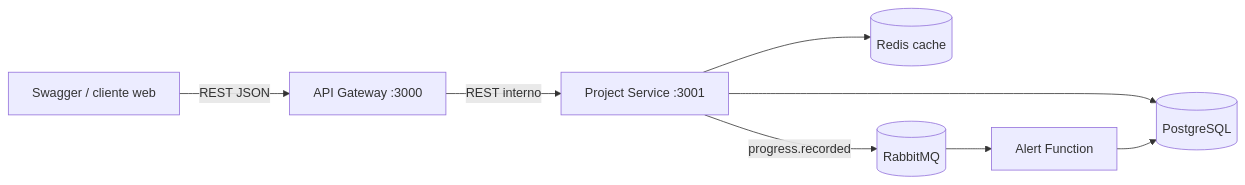
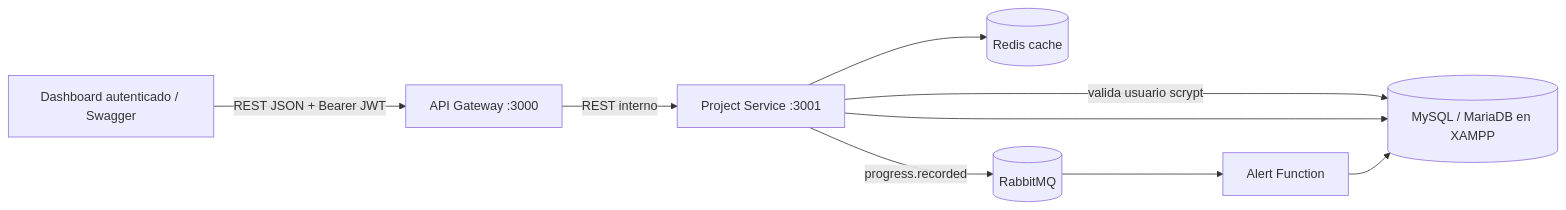
Before and after one commit to Elnuget/ControlPro-Academico: the second of 4 diagrams in docs/architecture.md, drawn with Mermaid. The commit also changed other lines of this file and 26 other files, not shown here.

````diff
--- a/docs/architecture.md
+++ b/docs/architecture.md
@@ -15,10 +15,11 @@
 ```mermaid
 flowchart LR
-  cliente[Swagger / cliente web] -->|REST JSON| gateway[API Gateway :3000]
+  cliente[Dashboard autenticado / Swagger] -->|REST JSON + Bearer JWT| gateway[API Gateway :3000]
   gateway -->|REST interno| projects[Project Service :3001]
-  projects --> postgres[(PostgreSQL)]
+  projects -->|valida usuario scrypt| mysql
+  projects --> mysql[(MySQL / MariaDB en XAMPP)]
   projects --> redis[(Redis cache)]
   projects -->|progress.recorded| rabbit[(RabbitMQ)]
   rabbit --> alerts[Alert Function]
-  alerts --> postgres
+  alerts --> mysql
 ```
````
